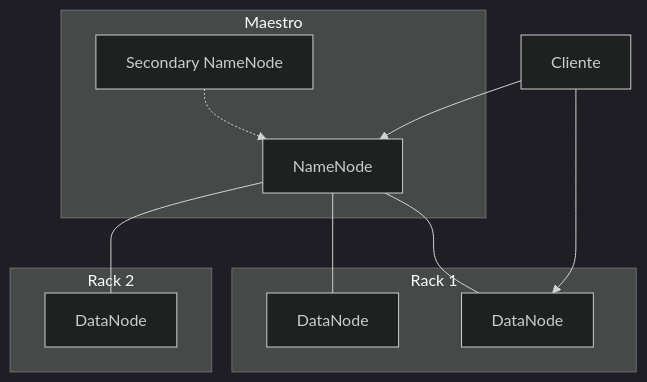
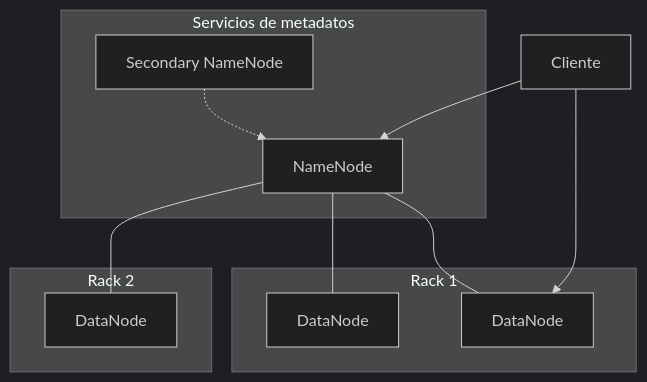
One commit to iesataulfoargentasor/bda_2026_2027 changed the second of 4 diagrams in docs/ut2/hdfs.md. Above: the diagram before and after it, drawn with Mermaid (dark theme). The commit also changed other lines of this file and 14 other files, not shown here.

````diff
--- a/docs/ut2/hdfs.md
+++ b/docs/ut2/hdfs.md
@@ -88,20 +98,20 @@
 ```mermaid
 flowchart TB
-  subgraph maestro["Maestro"]
+  subgraph maestro["Servicios de metadatos"]
     NN[NameNode]
     SNN[Secondary NameNode]
   end
   subgraph rack1["Rack 1"]
     DN1[DataNode]
     DN2[DataNode]
   end
   subgraph rack2["Rack 2"]
     DN3[DataNode]
   end
   CLI[Cliente] --> NN
   NN --- DN1
   NN --- DN2
   NN --- DN3
   SNN -.-> NN
   CLI --> DN1
 ```
````
